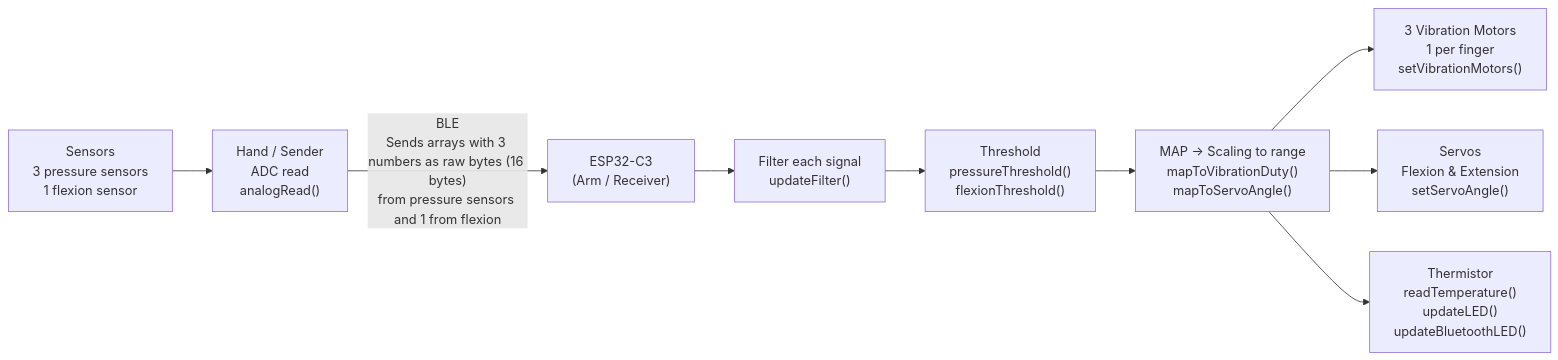
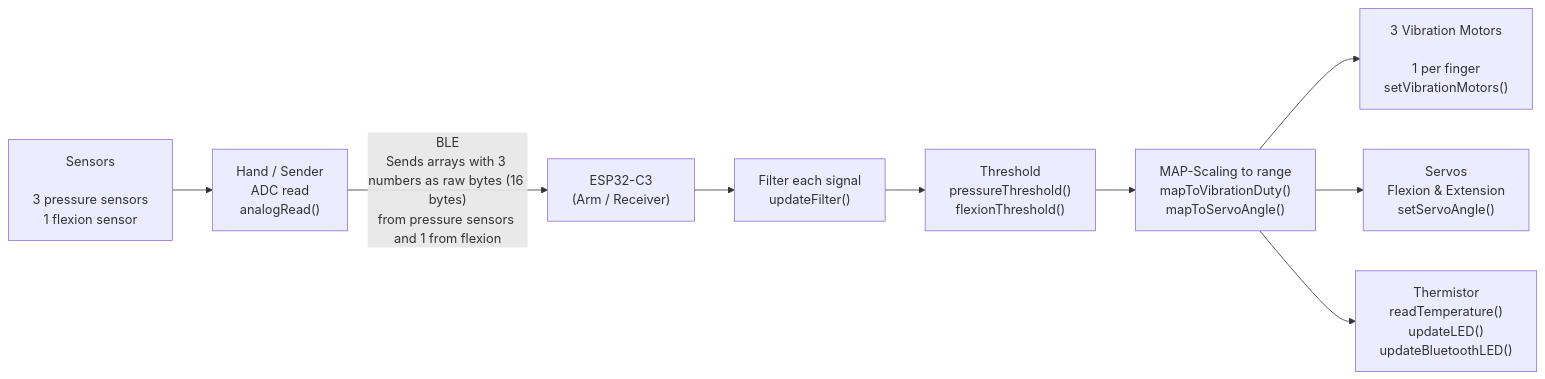
The second of 2 diagrams in SDR/DSD_Haptics-01.md (N-Pulse/Haptics-2026), drawn with Mermaid before and after one commit.

````diff
--- a/SDR/DSD_Haptics-01.md
+++ b/SDR/DSD_Haptics-01.md
@@ -259,22 +259,22 @@
 ```mermaid
 flowchart LR
-    A["Sensors<br/>3 pressure sensors<br/>1 flexion sensor"]
+    A["Sensors<br/><br/>3 pressure sensors<br/>1 flexion sensor"]
     B["Hand / Sender<br/>ADC read<br/>analogRead()"]
     D["ESP32-C3<br/>(Arm / Receiver)"]
     E["Filter each signal<br/>updateFilter()"]
     F["Threshold<br/>pressureThreshold()<br/>flexionThreshold()"]
-    G["MAP → Scaling to range<br/>mapToVibrationDuty()<br/>mapToServoAngle()"]
-    H["3 Vibration Motors<br/>1 per finger<br/>setVibrationMotors()"]
+    G["MAP-Scaling to range<br/>mapToVibrationDuty()<br/>mapToServoAngle()"]
+    H["3 Vibration Motors<br/><br/>1 per finger<br/>setVibrationMotors()"]
     I["Servos<br/>Flexion & Extension<br/>setServoAngle()"]
     J["Thermistor<br/>readTemperature()<br/>updateLED()<br/>updateBluetoothLED()"]
 
     A --> B
     B -->|"BLE<br/>Sends arrays with 3 numbers as raw bytes (16 bytes)<br/>from pressure sensors and 1 from flexion"| D
     D --> E
     E --> F
     F --> G
     G --> H
     G --> I
     G --> J
 
 ```
````
